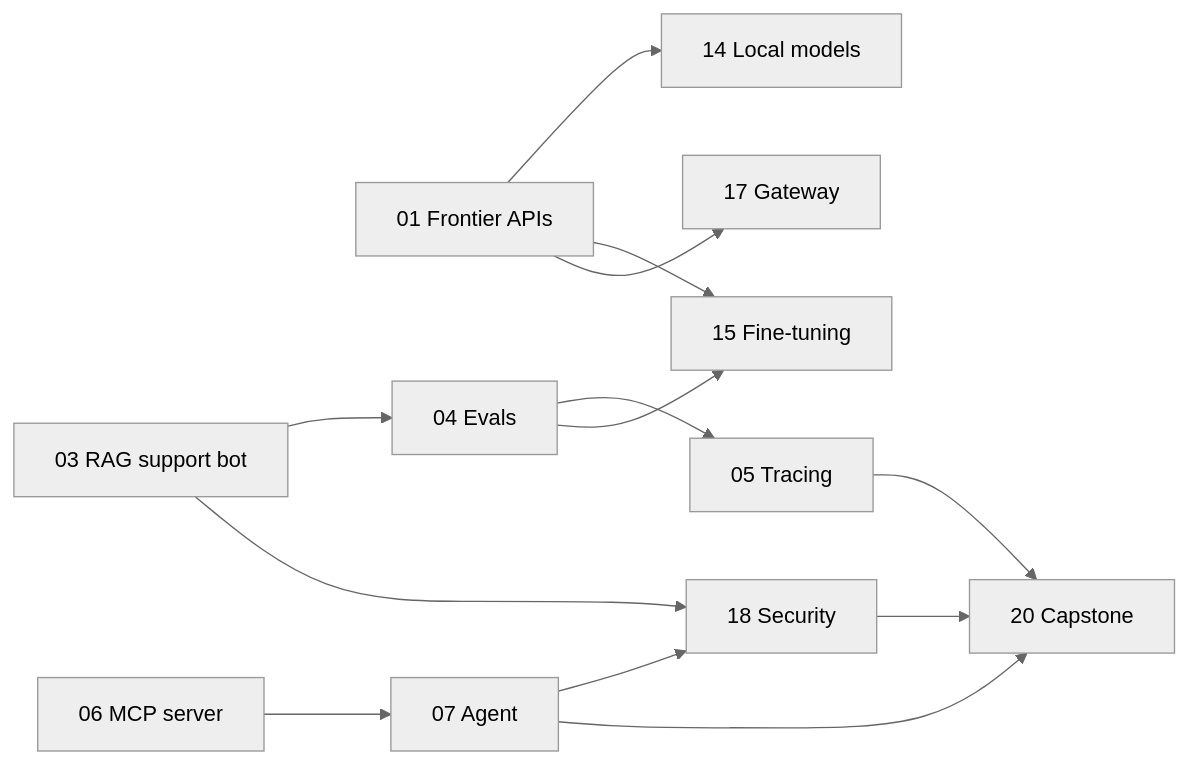
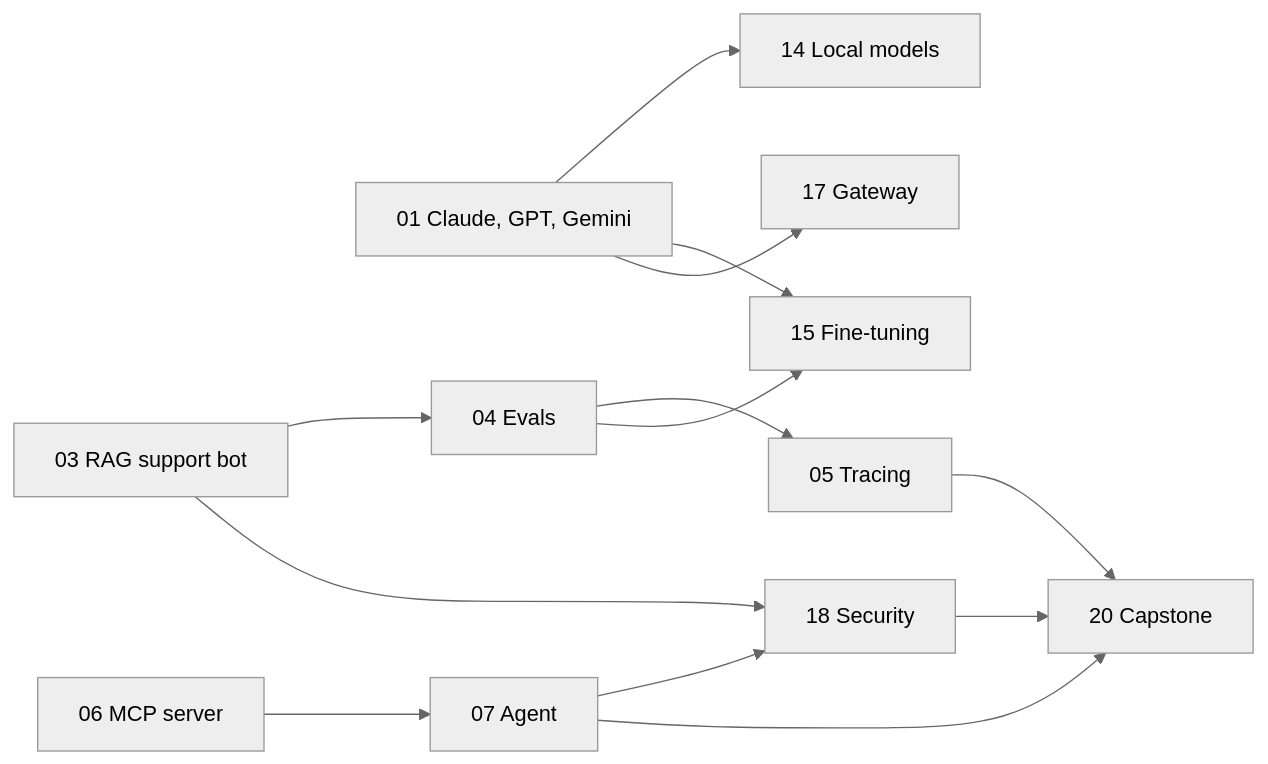
The diagram in README.md (phillytom/ai-builds), drawn with Mermaid (neutral theme) before and after one commit. The commit also changed other lines of this file and 1 other file, not shown here.

Commit message:
01: rename build to Claude, GPT and Gemini side by side

````diff
--- a/README.md
+++ b/README.md
@@ -72,15 +72,15 @@
 ```mermaid
 flowchart LR
-  s01[01 Frontier APIs] --> s14[14 Local models]
+  s01[01 Claude, GPT, Gemini] --> s14[14 Local models]
   s01 --> s15[15 Fine-tuning]
   s01 --> s17[17 Gateway]
   s03[03 RAG support bot] --> s04[04 Evals]
   s04 --> s05[05 Tracing]
   s04 --> s15
   s06[06 MCP server] --> s07[07 Agent]
   s03 --> s18[18 Security]
   s07 --> s18
   s05 --> s20[20 Capstone]
   s07 --> s20
   s18 --> s20
 ```
````
